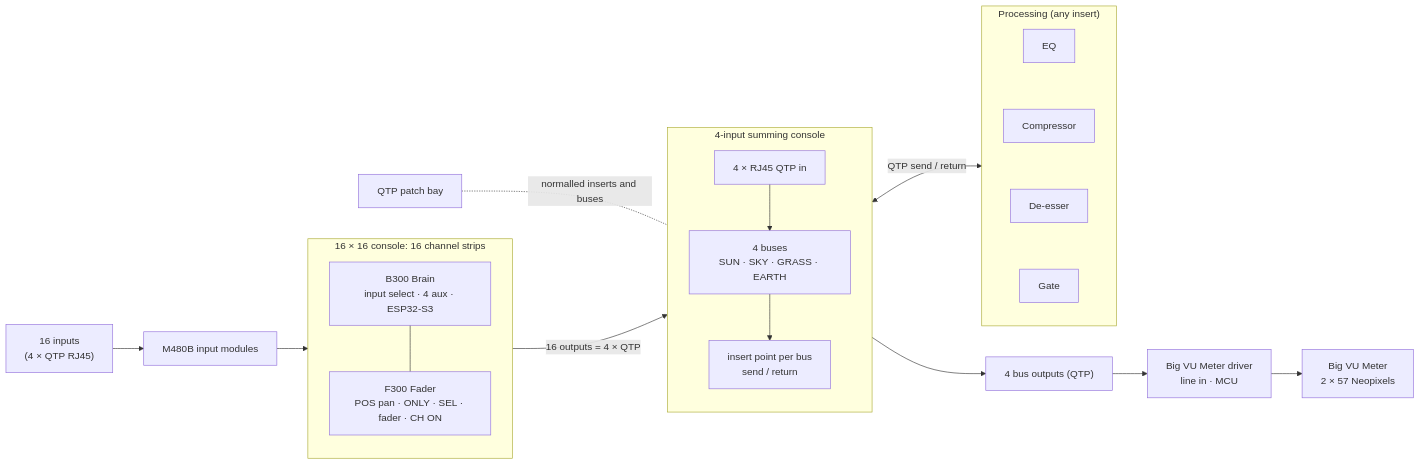
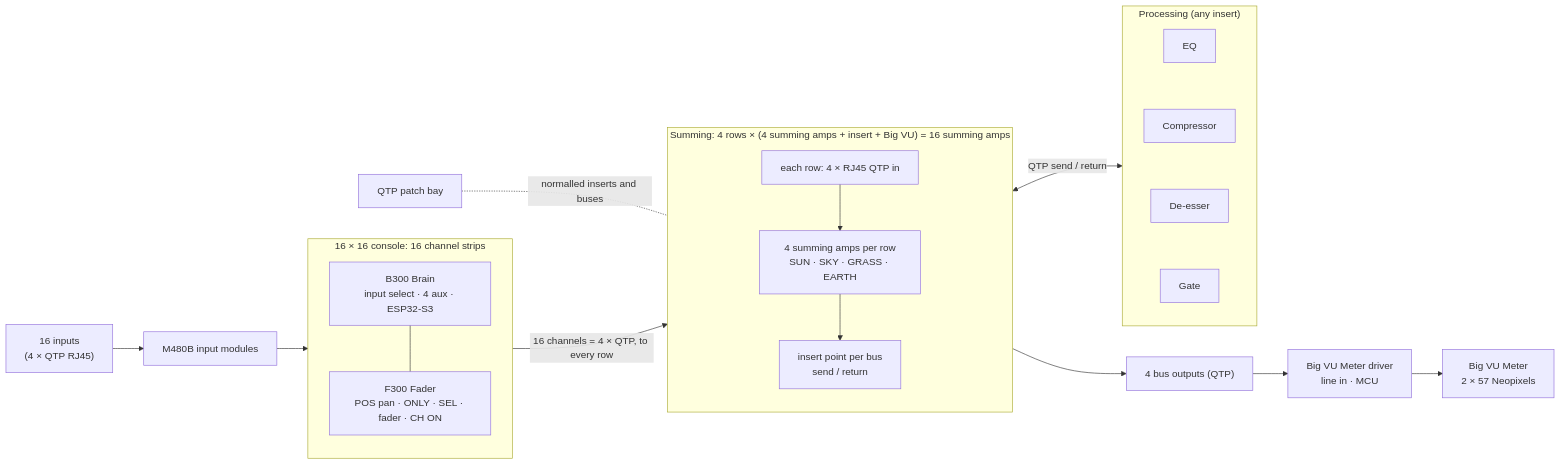
The diagram in README.md (WardBeckSystems/CONSOLE.EuroConsole), drawn with Mermaid before and after one commit. The commit also changed other lines of this file, not shown here.

Commit message:
README: 16 inputs feed 16 summing amplifiers, 4 rows of 6 (4 summing amps + insert/patch + Big VU per row)

````diff
--- a/README.md
+++ b/README.md
@@ -26,22 +26,22 @@
 ```mermaid
 flowchart LR
   subgraph CH["16 × 16 console: 16 channel strips"]
     direction TB
     B["B300 Brain<br/>input select · 4 aux · ESP32-S3"] --- F["F300 Fader<br/>POS pan · ONLY · SEL · fader · CH ON"]
   end
   IN["16 inputs<br/>(4 × QTP RJ45)"] --> M480["M480B input modules"] --> CH
   PB["QTP patch bay"] -.-|"normalled inserts and buses"| INS
-  CH -->|"16 outputs = 4 × QTP"| SUM
-  subgraph SUM["4-input summing console"]
+  CH -->|"16 channels = 4 × QTP, to every row"| SUM
+  subgraph SUM["Summing: 4 rows × (4 summing amps + insert + Big VU) = 16 summing amps"]
     direction TB
-    Q["4 × RJ45 QTP in"] --> BUS["4 buses<br/>SUN · SKY · GRASS · EARTH"]
+    Q["each row: 4 × RJ45 QTP in"] --> BUS["4 summing amps per row<br/>SUN · SKY · GRASS · EARTH"]
     BUS --> INS["insert point per bus<br/>send / return"]
   end
   INS <-->|"QTP send / return"| PROC
   subgraph PROC["Processing (any insert)"]
     direction TB
     EQ["EQ"] ~~~ COMP["Compressor"] ~~~ DES["De-esser"] ~~~ GATE["Gate"]
   end
   INS --> OUT["4 bus outputs (QTP)"]
   OUT --> DRV["Big VU Meter driver<br/>line in · MCU"] --> VU["Big VU Meter<br/>2 × 57 Neopixels"]
 ```
````
